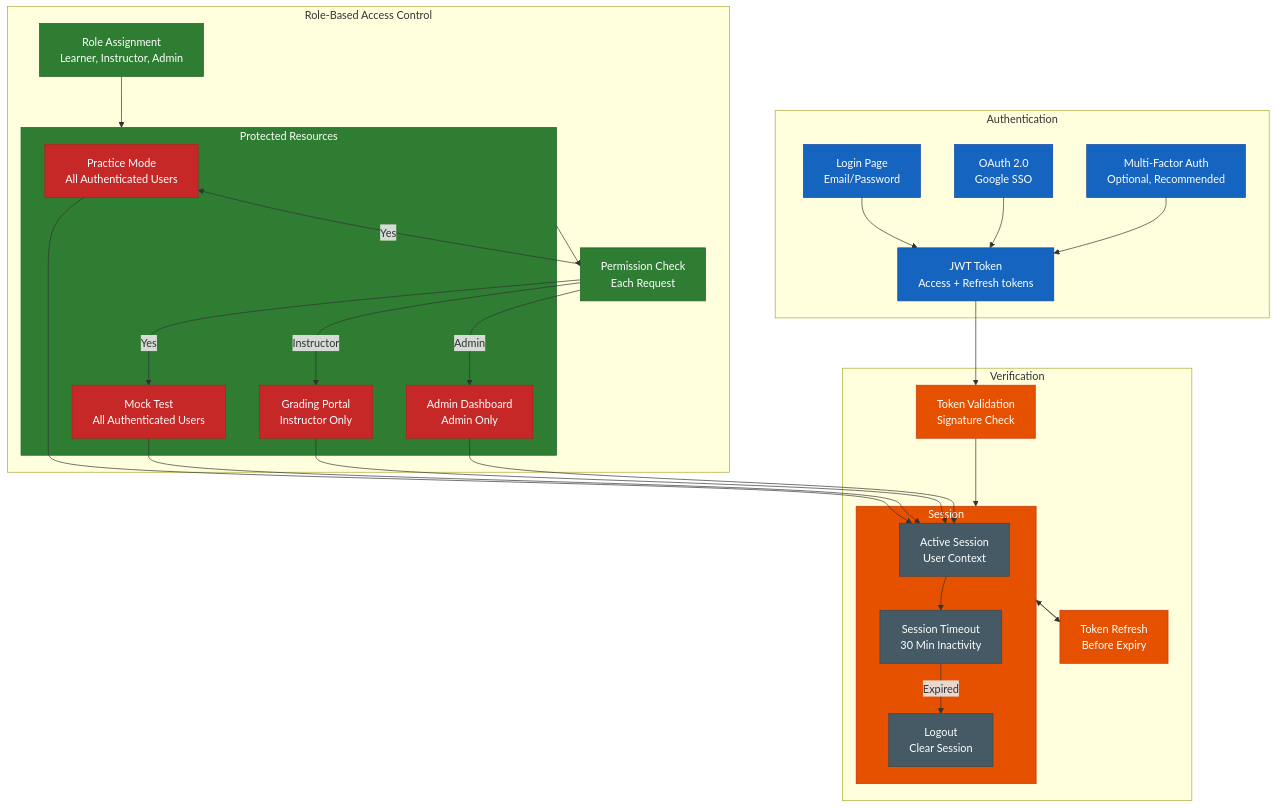
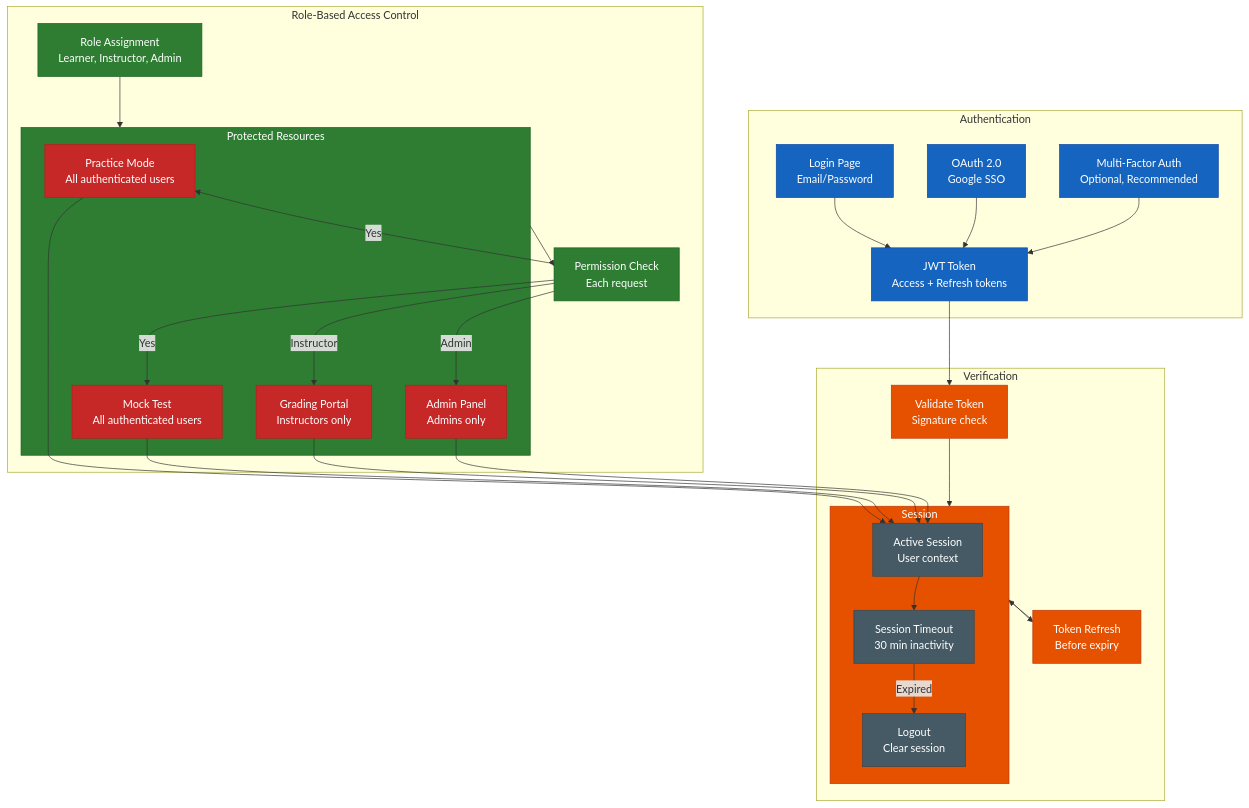
Before and after one commit to nghyane/VSTEP: the eighth of 8 diagrams in docs/capstone/diagrams/flow-diagrams.vi.md, drawn with Mermaid. The commit also changed other lines of this file, not shown here.

First line of the commit message:
docs: fix Vietnamese flow diagrams to proper Vietnamese language

````diff
--- a/docs/capstone/diagrams/flow-diagrams.vi.md
+++ b/docs/capstone/diagrams/flow-diagrams.vi.md
@@ -477,67 +477,67 @@
 ```mermaid
 flowchart TB
     subgraph Auth ["Authentication"]
         Login["Login Page<br/>Email/Password"]
         OAuth["OAuth 2.0<br/>Google SSO"]
         MFA["Multi-Factor Auth<br/>Optional, Recommended"]
         Token["JWT Token<br/>Access + Refresh tokens"]
     end
 
     subgraph Verify ["Verification"]
-        Validate["Token Validation<br/>Signature Check"]
-        Session["Session Management<br/>Redis Cache"]
-        Refresh["Token Refresh<br/>Before Expiry"]
+        Validate["Validate Token<br/>Signature check"]
+        Session["Session Management<br/>Redis cache"]
+        Refresh["Token Refresh<br/>Before expiry"]
     end
 
     subgraph RBAC ["Role-Based Access Control"]
         Roles["Role Assignment<br/>Learner, Instructor, Admin"]
-        Permissions["Permission Matrix<br/>Based on Role"]
-        Check["Permission Check<br/>Each Request"]
+        Permissions["Permission Matrix<br/>Based on role"]
+        Check["Permission Check<br/>Each request"]
     end
 
     subgraph Permissions ["Protected Resources"]
-        PracticeRes["Practice Mode<br/>All Authenticated Users"]
-        MockRes["Mock Test<br/>All Authenticated Users"]
-        GradingRes["Grading Portal<br/>Instructor Only"]
-        AdminRes["Admin Dashboard<br/>Admin Only"]
+        PracticeRes["Practice Mode<br/>All authenticated users"]
+        MockRes["Mock Test<br/>All authenticated users"]
+        GradingRes["Grading Portal<br/>Instructors only"]
+        AdminRes["Admin Panel<br/>Admins only"]
     end
 
     subgraph Session ["Session"]
-        Active["Active Session<br/>User Context"]
-        Timeout["Session Timeout<br/>30 Min Inactivity"]
-        Logout["Logout<br/>Clear Session"]
+        Active["Active Session<br/>User context"]
+        Timeout["Session Timeout<br/>30 min inactivity"]
+        Logout["Logout<br/>Clear session"]
     end
 
     Login --> Token
     OAuth --> Token
     MFA --> Token
     Token --> Validate
     Validate --> Session
     Session --> Refresh
     Refresh --> Session
     Roles --> Permissions
     Permissions --> Check
     Check -->|Yes| PracticeRes
     Check -->|Yes| MockRes
     Check -->|Instructor| GradingRes
     Check -->|Admin| AdminRes
     PracticeRes --> Active
     MockRes --> Active
     GradingRes --> Active
     AdminRes --> Active
     Active --> Timeout
     Timeout -->|Expired| Logout
 
     classDef auth fill:#1565c0,stroke:#0d47a1,color:#fff
     classDef verify fill:#e65100,stroke:#bf360c,color:#fff
     classDef rbac fill:#2e7d32,stroke:#1b5e20,color:#fff
     classDef permissions fill:#c62828,stroke:#b71c1c,color:#fff
     classDef resources fill:#6a1b9a,stroke:#4a148c,color:#fff
     classDef session fill:#455a64,stroke:#37474f,color:#fff
 
     class Login,OAuth,MFA,Token auth
     class Validate,Session,Refresh verify
     class Roles,Permissions,Check rbac
     class PracticeRes,MockRes,GradingRes,AdminRes permissions
     class Active,Timeout,Logout session
 ```
````
